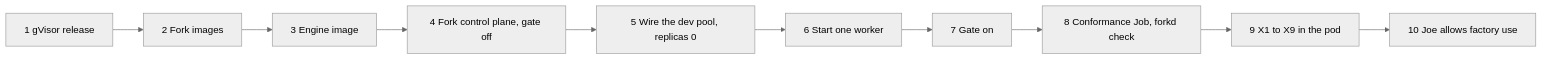
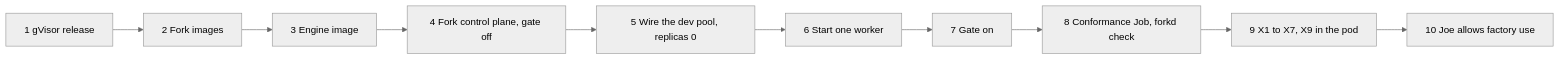
One commit to jomcgi-org/homelab changed the first of 3 diagrams in projects/factory-cluster/README.md. Above: the diagram before and after it, drawn with Mermaid (neutral theme). The commit also changed other lines of this file and 4 other files, not shown here.

````diff
--- a/projects/factory-cluster/README.md
+++ b/projects/factory-cluster/README.md
@@ -572,12 +572,12 @@
 ```mermaid
 flowchart LR
   R[1 gVisor release] --> I[2 Fork images]
   I --> E[3 Engine image]
   E --> C[4 Fork control plane, gate off]
   C --> W[5 Wire the dev pool, replicas 0]
   W --> S[6 Start one worker]
   S --> G[7 Gate on]
   G --> J[8 Conformance Job, forkd check]
-  J --> X[9 X1 to X9 in the pod]
+  J --> X[9 X1 to X7, X9 in the pod]
   X --> F[10 Joe allows factory use]
 ```
````
